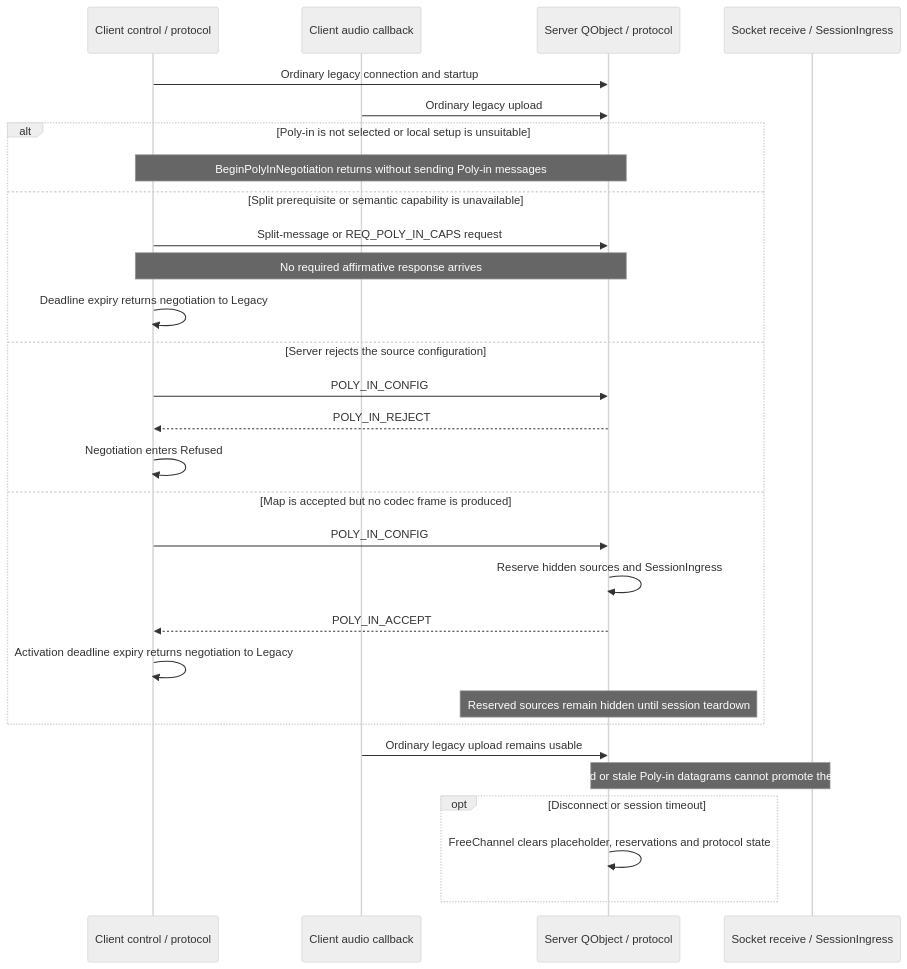
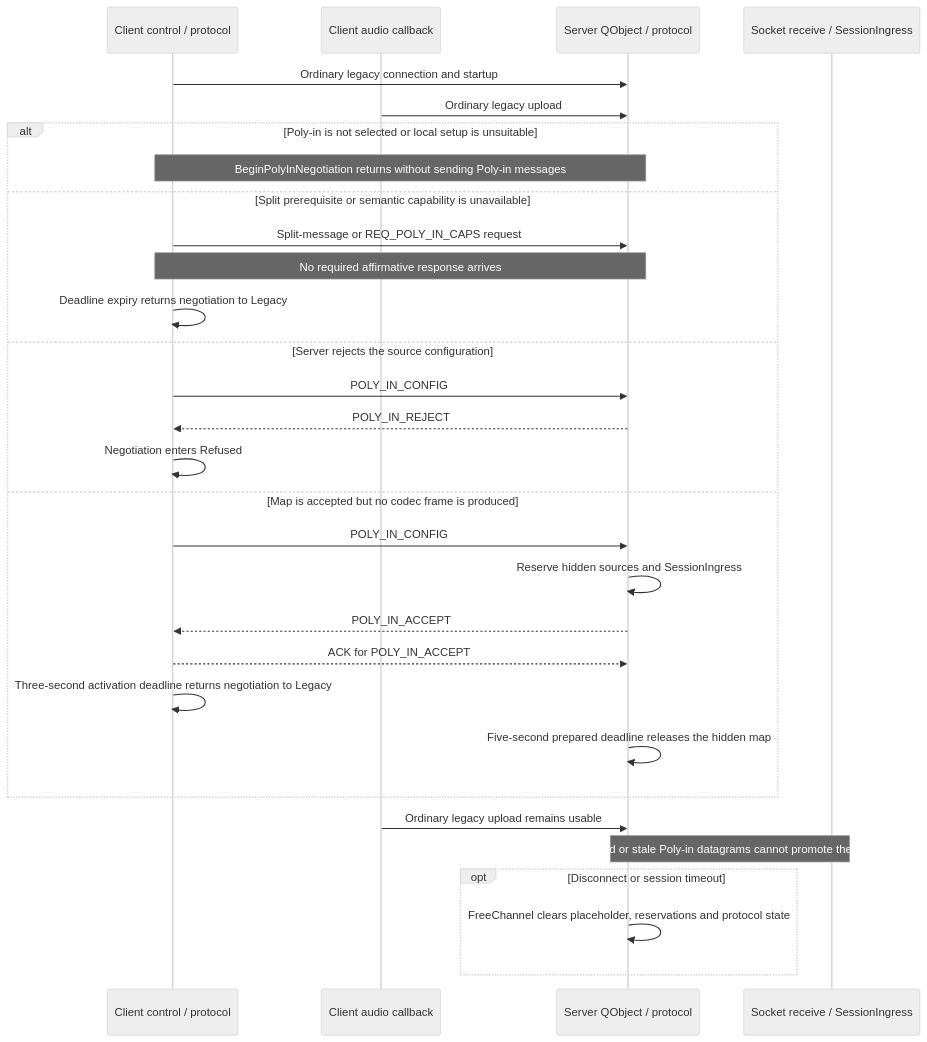
Before and after one commit to seanogdelaney/jamulus: the second of 3 diagrams in docs/POLY_IN_IMPLEMENTATION.md, drawn with Mermaid (neutral theme). The commit also changed other lines of this file and 11 other files, not shown here.

````diff
--- a/docs/POLY_IN_IMPLEMENTATION.md
+++ b/docs/POLY_IN_IMPLEMENTATION.md
@@ -113,35 +113,36 @@
 ```mermaid
 sequenceDiagram
     participant CC as Client control / protocol
     participant CA as Client audio callback
     participant SC as Server QObject / protocol
     participant RX as Socket receive / SessionIngress
 
     CC->>SC: Ordinary legacy connection and startup
     CA->>SC: Ordinary legacy upload
 
     alt Poly-in is not selected or local setup is unsuitable
         Note over CC,SC: BeginPolyInNegotiation returns without sending Poly-in messages
     else Split prerequisite or semantic capability is unavailable
         CC->>SC: Split-message or REQ_POLY_IN_CAPS request
         Note over CC,SC: No required affirmative response arrives
         CC->>CC: Deadline expiry returns negotiation to Legacy
     else Server rejects the source configuration
         CC->>SC: POLY_IN_CONFIG
         SC-->>CC: POLY_IN_REJECT
         CC->>CC: Negotiation enters Refused
     else Map is accepted but no codec frame is produced
         CC->>SC: POLY_IN_CONFIG
         SC->>SC: Reserve hidden sources and SessionIngress
         SC-->>CC: POLY_IN_ACCEPT
-        CC->>CC: Activation deadline expiry returns negotiation to Legacy
-        Note over SC: Reserved sources remain hidden until session teardown
+        CC-->>SC: ACK for POLY_IN_ACCEPT
+        CC->>CC: Three-second activation deadline returns negotiation to Legacy
+        SC->>SC: Five-second prepared deadline releases the hidden map
     end
 
     CA->>SC: Ordinary legacy upload remains usable
     Note over RX,SC: Invalid or stale Poly-in datagrams cannot promote the map
 
     opt Disconnect or session timeout
         SC->>SC: FreeChannel clears placeholder, reservations and protocol state
     end
 ```
````
